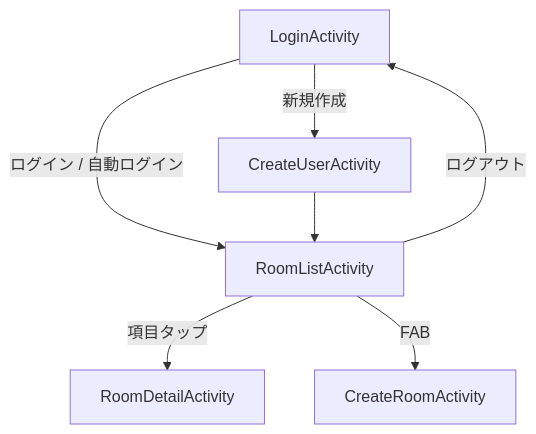
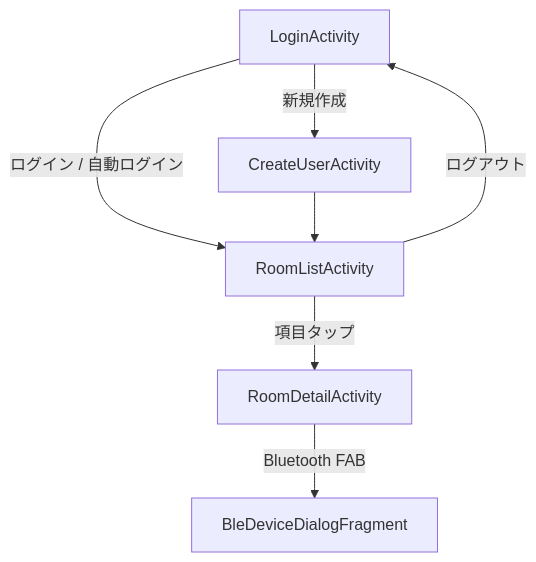
One commit to YoshiharaTakahiro/RoomMonitor changed the diagram in README.md. Above: the diagram before and after it, drawn with Mermaid. The commit also changed other lines of this file and 1 other file, not shown here.

````diff
--- a/README.md
+++ b/README.md
@@ -50,9 +50,9 @@
 ```mermaid
 flowchart TD
     Login[LoginActivity] -->|新規作成| CreateUser[CreateUserActivity]
     Login -->|ログイン / 自動ログイン| RoomList[RoomListActivity]
     CreateUser --> RoomList
     RoomList -->|項目タップ| RoomDetail[RoomDetailActivity]
-    RoomList -->|FAB| CreateRoom[CreateRoomActivity]
     RoomList -->|ログアウト| Login
+    RoomDetail -->|Bluetooth FAB| BleDialog[BleDeviceDialogFragment]
 ```
````
